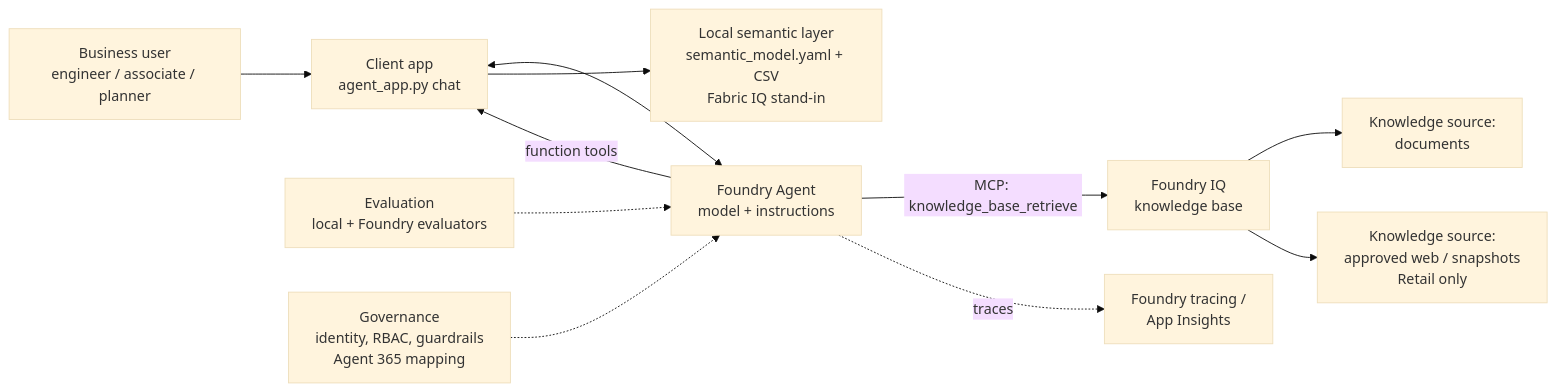
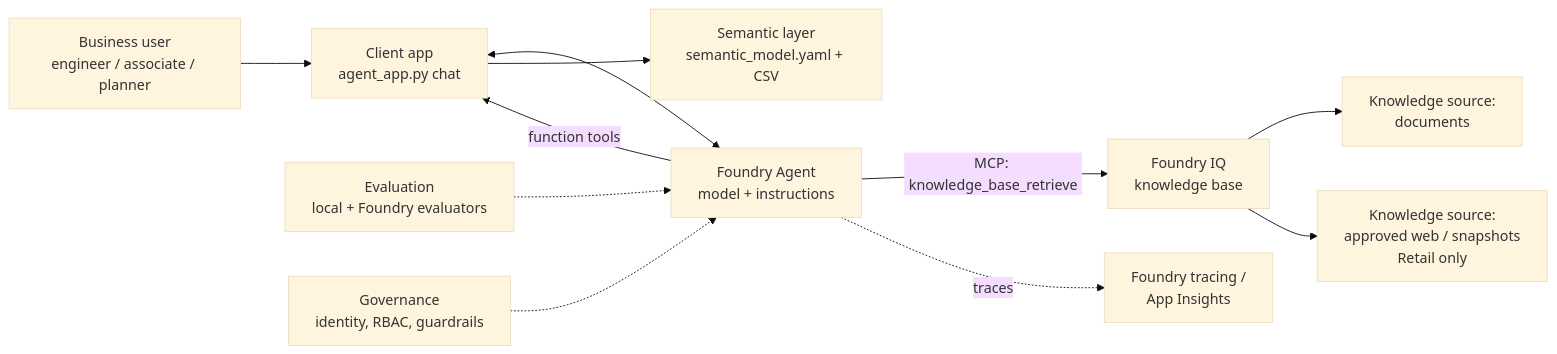
The diagram in common/01-reference-architecture.md (vlabs-meteoros/msfde-capstone-kit-b3), drawn with Mermaid (base theme) before and after one commit. The commit also changed other lines of this file and 15 other files, not shown here.

Commit message:
Docs: describe the semantic layer, web sources and governance design directly

````diff
--- a/common/01-reference-architecture.md
+++ b/common/01-reference-architecture.md
@@ -7,13 +7,13 @@
 ```mermaid
 flowchart LR
     U[Business user<br/>engineer / associate / planner] --> APP[Client app<br/>agent_app.py chat]
     APP <--> AG[Foundry Agent<br/>model + instructions]
     AG -- MCP: knowledge_base_retrieve --> KB[Foundry IQ<br/>knowledge base]
     KB --> KS1[Knowledge source:<br/>documents]
     KB --> KS2[Knowledge source:<br/>approved web / snapshots<br/>Retail only]
     AG -- function tools --> APP
-    APP --> SL[Local semantic layer<br/>semantic_model.yaml + CSV<br/>Fabric IQ stand-in]
+    APP --> SL[Semantic layer<br/>semantic_model.yaml + CSV]
     AG -.traces.-> MON[Foundry tracing /<br/>App Insights]
     EVAL[Evaluation<br/>local + Foundry evaluators] -.-> AG
-    GOV[Governance<br/>identity, RBAC, guardrails<br/>Agent 365 mapping] -.-> AG
+    GOV[Governance<br/>identity, RBAC, guardrails] -.-> AG
 ```
````
